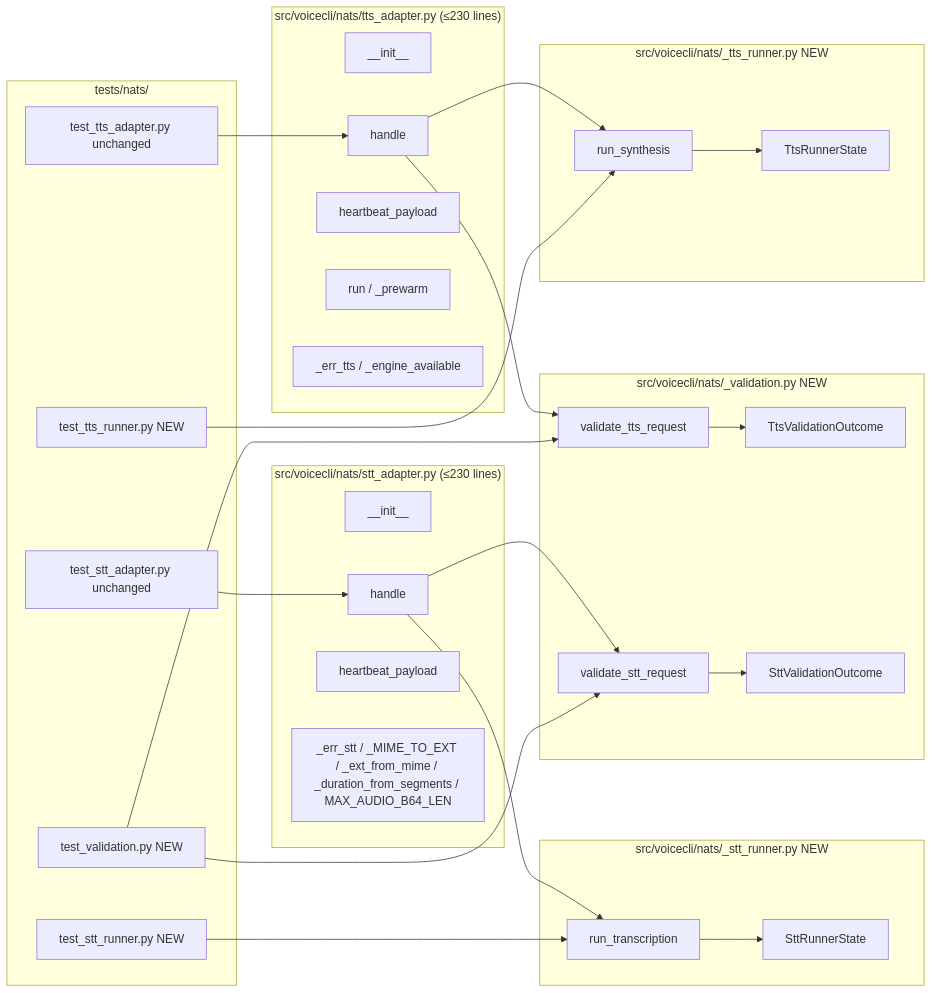
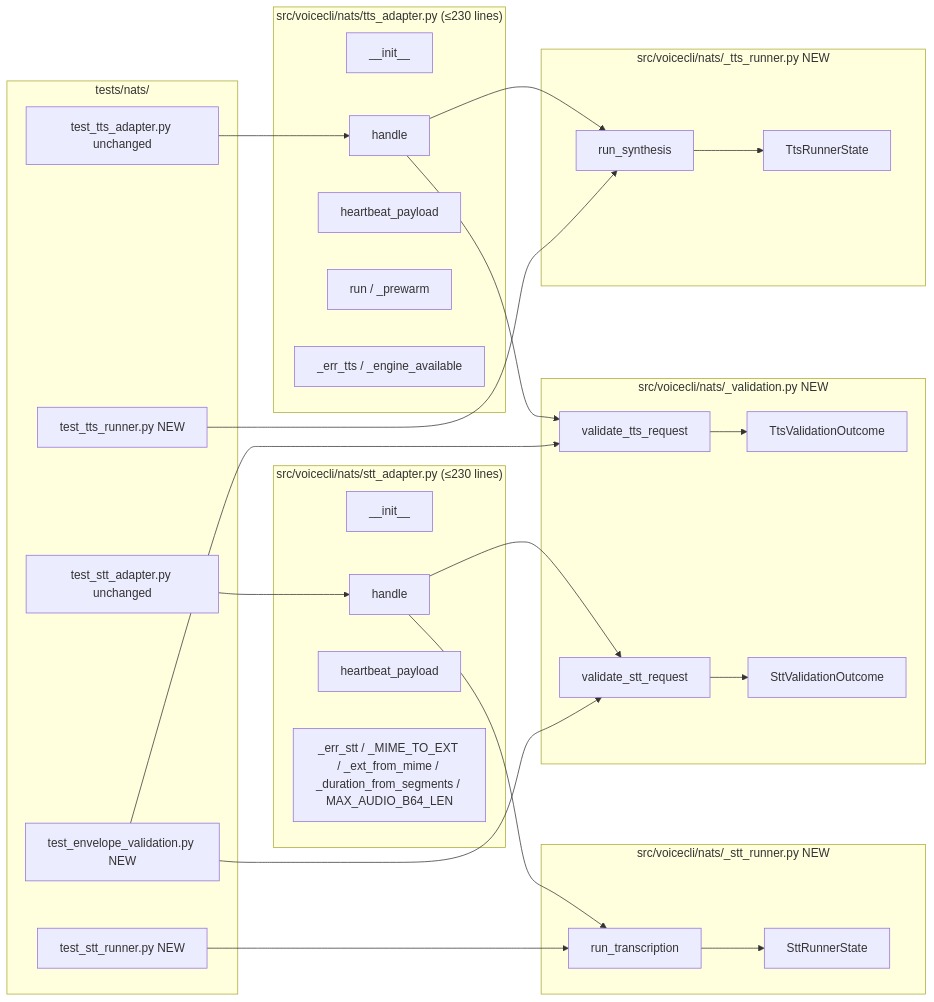
The second of 2 diagrams in artifacts/plans/147-split-nats-adapters-plan.mdx (Roxabi/voiceCLI), drawn with Mermaid before and after one commit. The commit also changed other lines of this file and 9 other files, not shown here.

````diff
--- a/artifacts/plans/147-split-nats-adapters-plan.mdx
+++ b/artifacts/plans/147-split-nats-adapters-plan.mdx
@@ -62,51 +62,51 @@
 ```mermaid
 flowchart LR
     subgraph TtsA["src/voicecli/nats/tts_adapter.py (≤230 lines)"]
         TA_INIT[__init__]
         TA_HANDLE[handle]
         TA_HB[heartbeat_payload]
         TA_RUN[run / _prewarm]
         TA_ERR[_err_tts / _engine_available]
     end
     subgraph StA["src/voicecli/nats/stt_adapter.py (≤230 lines)"]
         SA_INIT[__init__]
         SA_HANDLE[handle]
         SA_HB[heartbeat_payload]
         SA_ERR[_err_stt / _MIME_TO_EXT / _ext_from_mime / _duration_from_segments / MAX_AUDIO_B64_LEN]
     end
     subgraph V["src/voicecli/nats/_validation.py NEW"]
         V_TTS[validate_tts_request]
         V_STT[validate_stt_request]
         V_OUT_T[TtsValidationOutcome]
         V_OUT_S[SttValidationOutcome]
     end
     subgraph TR["src/voicecli/nats/_tts_runner.py NEW"]
         TR_RUN[run_synthesis]
         TR_STATE[TtsRunnerState]
     end
     subgraph SR["src/voicecli/nats/_stt_runner.py NEW"]
         SR_RUN[run_transcription]
         SR_STATE[SttRunnerState]
     end
     subgraph Tests["tests/nats/"]
         T_OLD_TTS[test_tts_adapter.py unchanged]
         T_OLD_STT[test_stt_adapter.py unchanged]
-        T_VAL[test_validation.py NEW]
+        T_VAL[test_envelope_validation.py NEW]
         T_TR[test_tts_runner.py NEW]
         T_SR[test_stt_runner.py NEW]
     end
     TA_HANDLE --> V_TTS
     TA_HANDLE --> TR_RUN
     SA_HANDLE --> V_STT
     SA_HANDLE --> SR_RUN
     V_TTS --> V_OUT_T
     V_STT --> V_OUT_S
     TR_RUN --> TR_STATE
     SR_RUN --> SR_STATE
     T_VAL --> V_TTS
     T_VAL --> V_STT
     T_TR --> TR_RUN
     T_SR --> SR_RUN
     T_OLD_TTS --> TA_HANDLE
     T_OLD_STT --> SA_HANDLE
 ```
````
